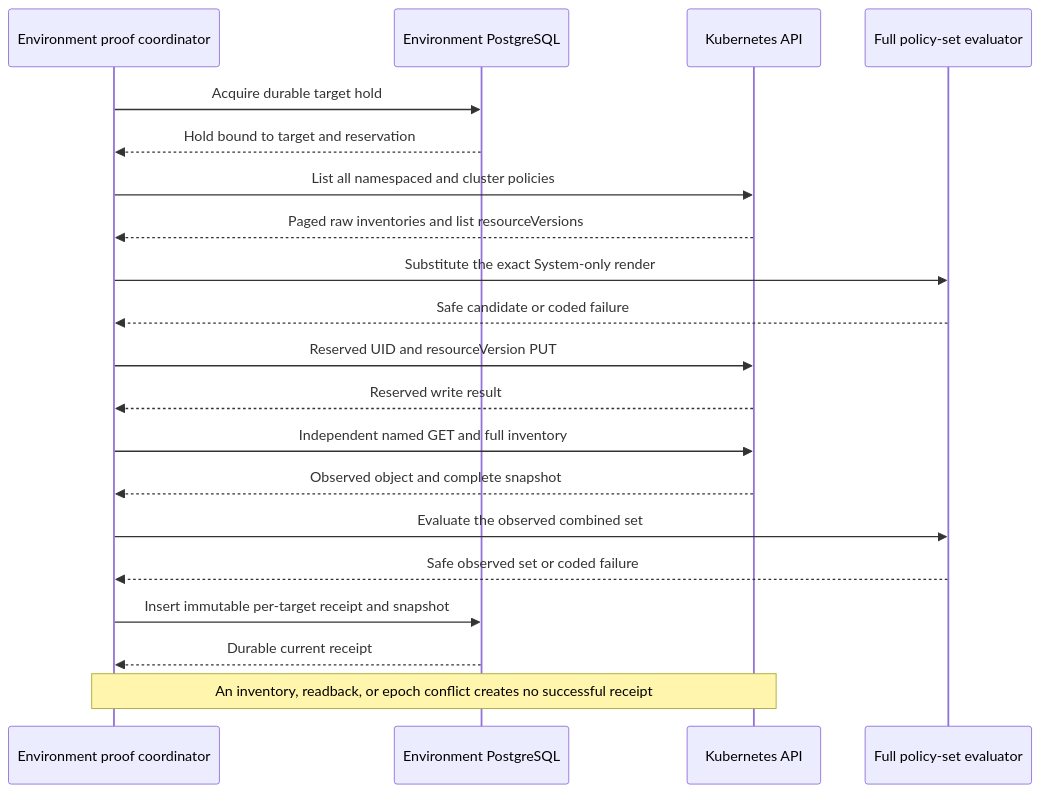
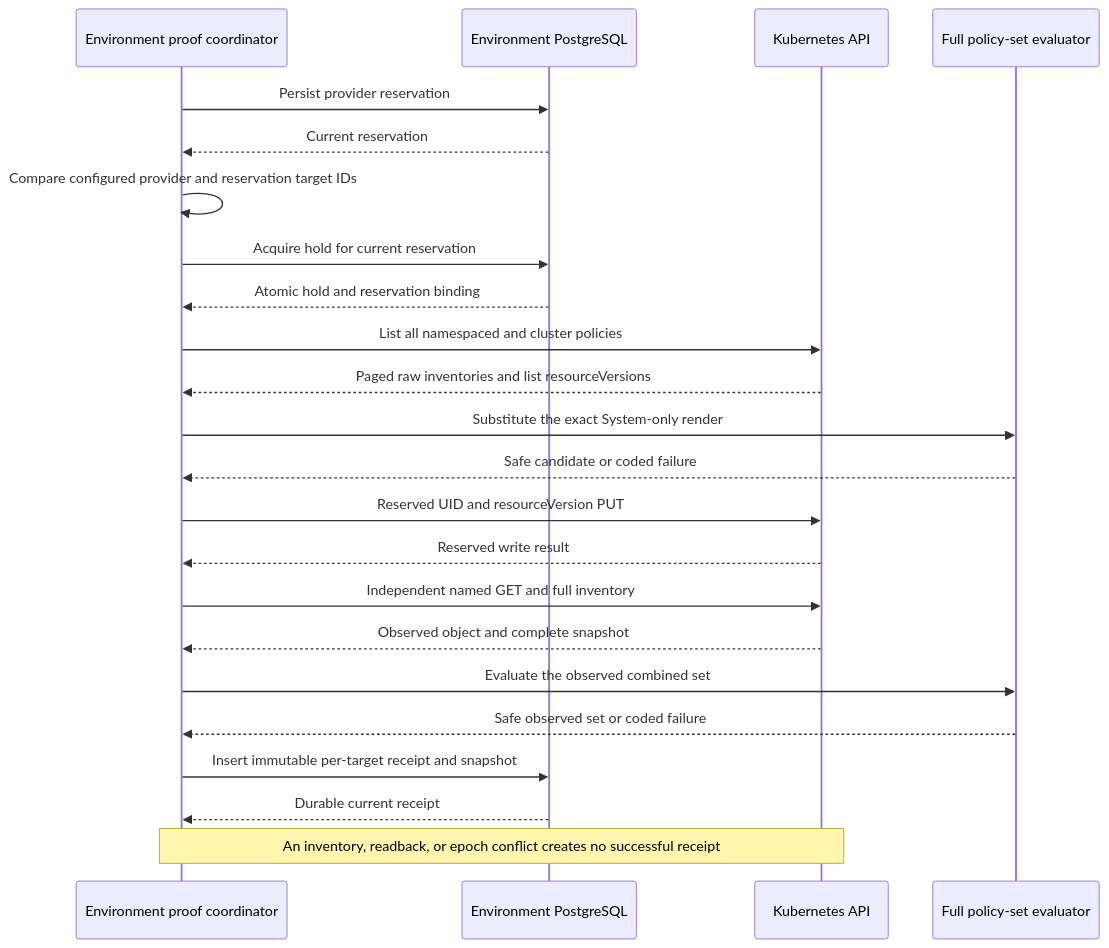
The second of 4 diagrams in docs/architecture/environment-egress.md (sabbour/agentweaver), drawn with Mermaid before and after one commit. The commit also changed other lines of this file and 25 other files, not shown here.

````diff
--- a/docs/architecture/environment-egress.md
+++ b/docs/architecture/environment-egress.md
@@ -157,22 +157,25 @@
 ```mermaid
 sequenceDiagram
     participant E as Environment proof coordinator
     participant DB as Environment PostgreSQL
     participant K as Kubernetes API
     participant V as Full policy-set evaluator
-    E->>DB: Acquire durable target hold
-    DB-->>E: Hold bound to target and reservation
+    E->>DB: Persist provider reservation
+    DB-->>E: Current reservation
+    E->>E: Compare configured provider and reservation target IDs
+    E->>DB: Acquire hold for current reservation
+    DB-->>E: Atomic hold and reservation binding
     E->>K: List all namespaced and cluster policies
     K-->>E: Paged raw inventories and list resourceVersions
     E->>V: Substitute the exact System-only render
     V-->>E: Safe candidate or coded failure
     E->>K: Reserved UID and resourceVersion PUT
     K-->>E: Reserved write result
     E->>K: Independent named GET and full inventory
     K-->>E: Observed object and complete snapshot
     E->>V: Evaluate the observed combined set
     V-->>E: Safe observed set or coded failure
     E->>DB: Insert immutable per-target receipt and snapshot
     DB-->>E: Durable current receipt
     Note over E,K: An inventory, readback, or epoch conflict creates no successful receipt
 ```
````
